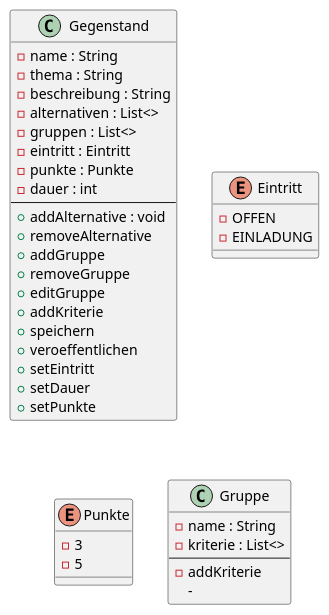
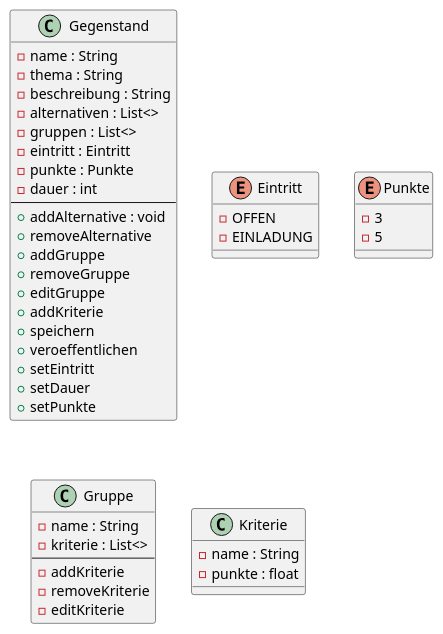
One commit to MathiasLux/decision4you changed the diagram in src/main/decicion4you.puml. Above: the diagram before and after it, drawn with PlantUML.

```diff
--- a/src/main/decicion4you.puml
+++ b/src/main/decicion4you.puml
@@ -1,52 +1,59 @@
 @startuml
 
 class Gegenstand
 {
  - name : String
  - thema : String
  - beschreibung : String
  - alternativen : List<>
  - gruppen : List<>
  - eintritt : Eintritt
  - punkte : Punkte
  - dauer : int
  --
  + addAlternative : void
  + removeAlternative
  + addGruppe
  + removeGruppe
  + editGruppe
  + addKriterie
  + speichern
  + veroeffentlichen
  + setEintritt
  + setDauer
  + setPunkte
 }
 
 enum Eintritt
 {
 - OFFEN
 - EINLADUNG
 }
 
 enum Punkte
 {
 - 3
 - 5
 }
 
 class Gruppe
 {
  - name : String
  - kriterie : List<>
  --
  - addKriterie
- -
+ - removeKriterie
+ - editKriterie
+}
+
+class Kriterie
+{
+ - name : String
+ - punkte : float
 }
 
 
 
 
 
 @enduml
```
